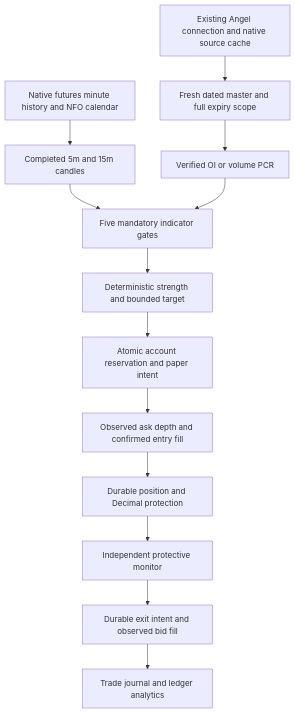
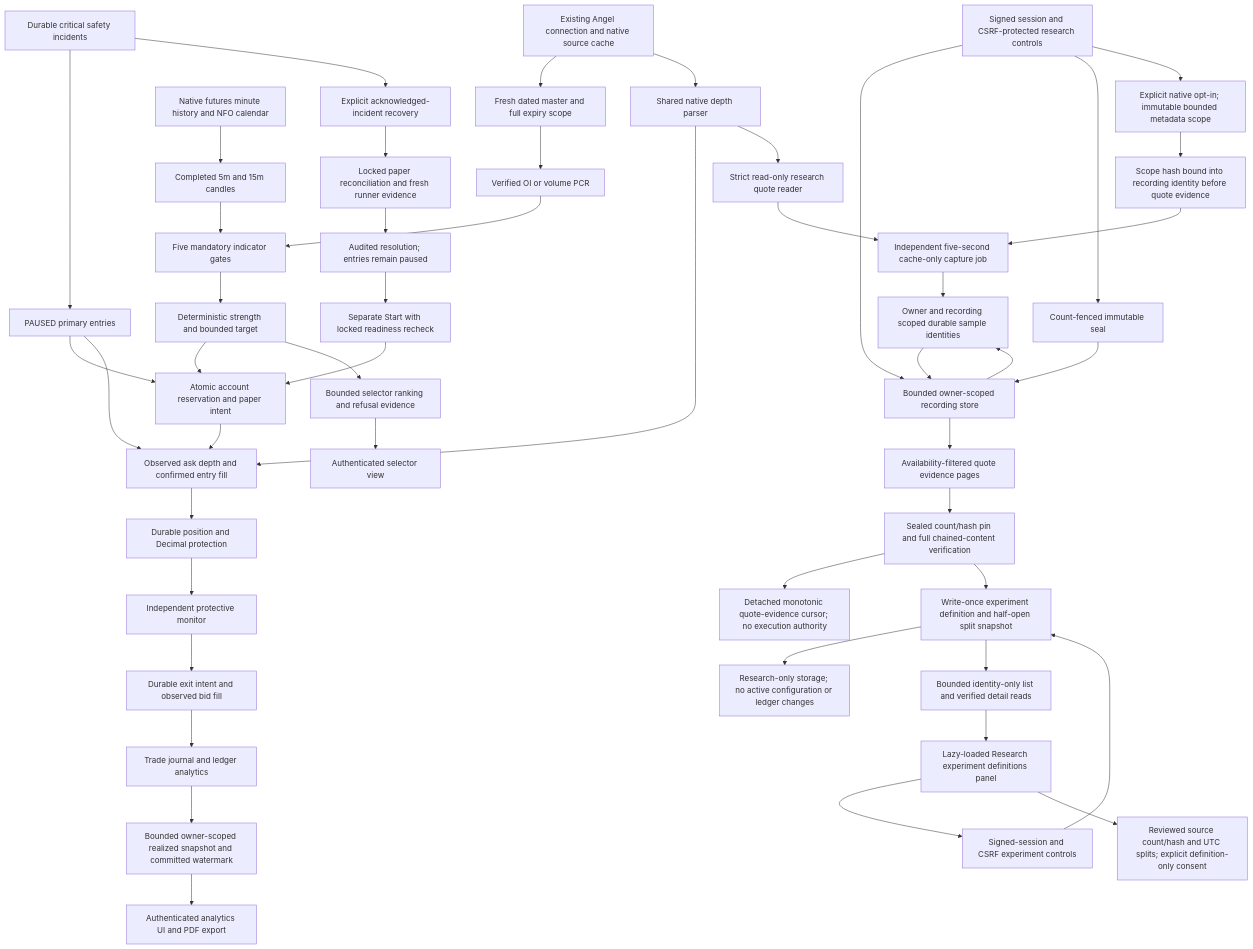
Before and after one commit to Yash19815/openalgo: the diagram in docs/nifty-algo/ARCHITECTURE.md, drawn with Mermaid. The commit also changed other lines of this file and 86 other files, not shown here.

First line of the commit message:
Add comprehensive tests for safety incidents, selector behavior, and weighted proposals

````diff
--- a/docs/nifty-algo/ARCHITECTURE.md
+++ b/docs/nifty-algo/ARCHITECTURE.md
@@ -7,15 +7,50 @@
 ```mermaid
 flowchart TD
   A[Existing Angel connection and native source cache] --> B[Fresh dated master and full expiry scope]
   C[Native futures minute history and NFO calendar] --> D[Completed 5m and 15m candles]
   B --> E[Verified OI or volume PCR]
   D --> F[Five mandatory indicator gates]
   E --> F
   F --> G[Deterministic strength and bounded target]
   G --> H[Atomic account reservation and paper intent]
+  G --> S[Bounded selector ranking and refusal evidence]
+  S --> V[Authenticated selector view]
+  O[Durable critical safety incidents] --> P[PAUSED primary entries]
+  P --> H
+  P --> I
   H --> I[Observed ask depth and confirmed entry fill]
   I --> J[Durable position and Decimal protection]
   J --> K[Independent protective monitor]
   K --> L[Durable exit intent and observed bid fill]
   L --> M[Trade journal and ledger analytics]
+  M --> AA[Bounded owner-scoped realized snapshot and committed watermark]
+  AA --> AB[Authenticated analytics UI and PDF export]
+  O --> R[Explicit acknowledged-incident recovery]
+  R --> Q[Locked paper reconciliation and fresh runner evidence]
+  Q --> T[Audited resolution; entries remain paused]
+  T --> U[Separate Start with locked readiness recheck]
+  U --> H
+  RC[Signed session and CSRF-protected research controls] --> RS[Bounded owner-scoped recording store]
+  RS --> RP[Availability-filtered quote evidence pages]
+  RP --> RV[Sealed count/hash pin and full chained-content verification]
+  RV --> RT[Detached monotonic quote-evidence cursor; no execution authority]
+  RV --> RE[Write-once experiment definition and half-open split snapshot]
+  RE --> RX[Research-only storage; no active configuration or ledger changes]
+  RAPI[Signed-session and CSRF experiment controls] --> RE
+  RE --> RLIST[Bounded identity-only list and verified detail reads]
+  RUI[Lazy-loaded Research experiment definitions panel] --> RAPI
+  RLIST --> RUI
+  RUI --> RREVIEW[Reviewed source count/hash and UTC splits; explicit definition-only consent]
+  RC --> RZ[Count-fenced immutable seal]
+  RZ --> RS
+  A --> NQ[Shared native depth parser]
+  NQ --> I
+  NQ --> NR[Strict read-only research quote reader]
+  RS --> ND[Owner and recording scoped durable sample identities]
+  RC --> NF[Explicit native opt-in; immutable bounded metadata scope]
+  NF --> NH[Scope hash bound into recording identity before quote evidence]
+  NH --> NC[Independent five-second cache-only capture job]
+  NR --> NC
+  NC --> ND
+  ND --> RS
 ```
````
